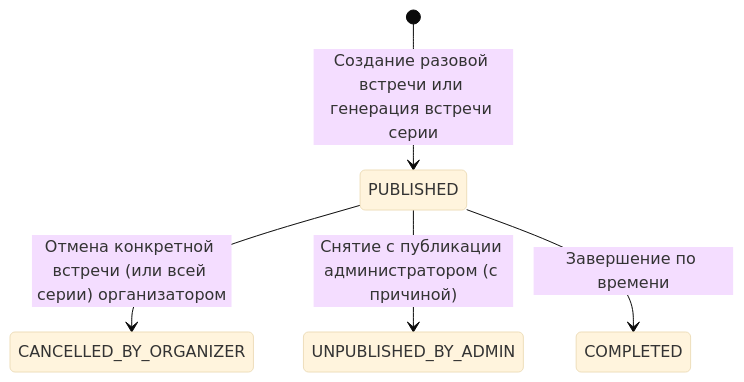
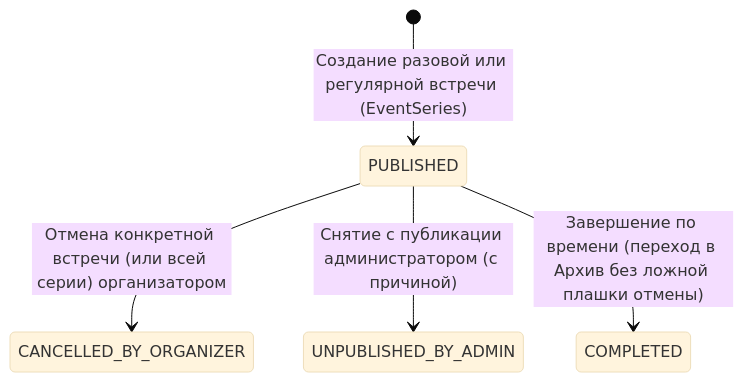
The third of 4 diagrams in docs/ARCHITECTURE.md (queelly/sport-platform), drawn with Mermaid (base theme) before and after one commit. The commit also changed other lines of this file and 8 other files, not shown here.

Commit message:
docs: update README, BRANDBOOK and all docs to reflect current features and V1-V6 schema

````diff
--- a/docs/ARCHITECTURE.md
+++ b/docs/ARCHITECTURE.md
@@ -58,7 +61,7 @@
 ```mermaid
 stateDiagram-v2
-    [*] --> PUBLISHED : Создание разовой встречи или генерация встречи серии
+    [*] --> PUBLISHED : Создание разовой или регулярной встречи (EventSeries)
     PUBLISHED --> CANCELLED_BY_ORGANIZER : Отмена конкретной встречи (или всей серии) организатором
     PUBLISHED --> UNPUBLISHED_BY_ADMIN : Снятие с публикации администратором (с причиной)
-    PUBLISHED --> COMPLETED : Завершение по времени
+    PUBLISHED --> COMPLETED : Завершение по времени (переход в Архив без ложной плашки отмены)
 ```
````
